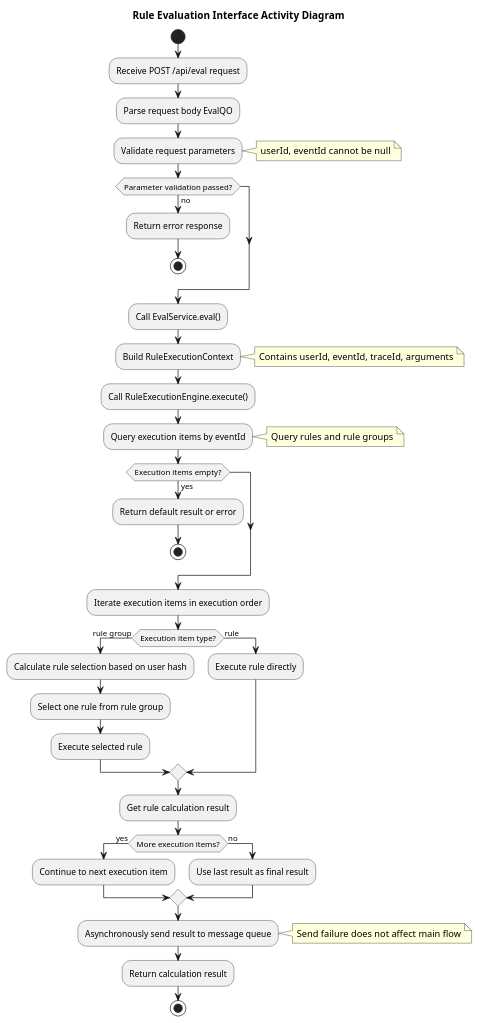
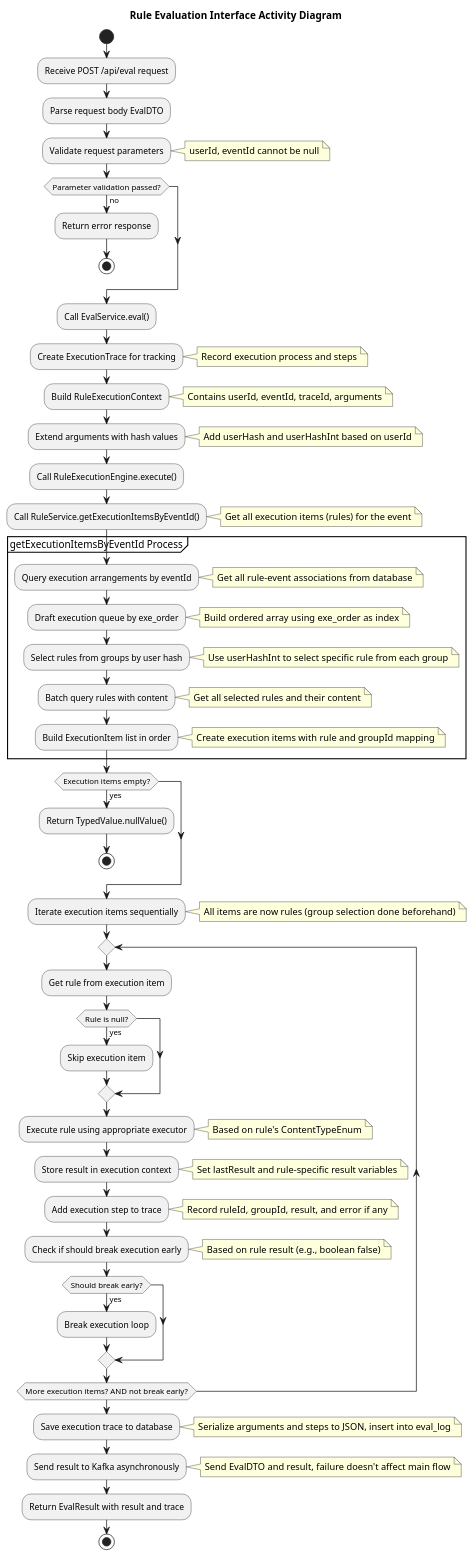
Before and after one commit to zhang1career/rule-engine: the diagram in docs/uml/rule_eval.puml, drawn with PlantUML. The commit also changed 144 other files, not shown here.

```diff
--- a/docs/uml/rule_eval.puml
+++ b/docs/uml/rule_eval.puml
@@ -1,57 +1,94 @@
 @startuml Rule Eval
 title Rule Evaluation Interface Activity Diagram
 
 start
 
 :Receive POST /api/eval request;
-:Parse request body EvalQO;
+:Parse request body EvalDTO;
 
 :Validate request parameters;
 note right: userId, eventId cannot be null
 
 if (Parameter validation passed?) then (no)
   :Return error response;
   stop
 endif
 
 :Call EvalService.eval();
 
+:Create ExecutionTrace for tracking;
+note right: Record execution process and steps
+
 :Build RuleExecutionContext;
 note right: Contains userId, eventId, traceId, arguments
 
+:Extend arguments with hash values;
+note right: Add userHash and userHashInt based on userId
+
 :Call RuleExecutionEngine.execute();
 
-:Query execution items by eventId;
-note right: Query rules and rule groups
+:Call RuleService.getExecutionItemsByEventId();
+note right: Get all execution items (rules) for the event
+
+partition "getExecutionItemsByEventId Process" {
+  :Query execution arrangements by eventId;
+  note right: Get all rule-event associations from database
+
+  :Draft execution queue by exe_order;
+  note right: Build ordered array using exe_order as index
+
+  :Select rules from groups by user hash;
+  note right: Use userHashInt to select specific rule from each group
+
+  :Batch query rules with content;
+  note right: Get all selected rules and their content
+
+  :Build ExecutionItem list in order;
+  note right: Create execution items with rule and groupId mapping
+}
 
 if (Execution items empty?) then (yes)
-  :Return default result or error;
+  :Return TypedValue.nullValue();
   stop
 endif
 
-:Iterate execution items in execution order;
+:Iterate execution items sequentially;
+note right: All items are now rules (group selection done beforehand)
 
-if (Execution item type?) then (rule group)
-  :Calculate rule selection based on user hash;
-  :Select one rule from rule group;
-  :Execute selected rule;
-else (rule)
-  :Execute rule directly;
-endif
+repeat
+  :Get rule from execution item;
 
-:Get rule calculation result;
+  if (Rule is null?) then (yes)
+    :Skip execution item;
+'    continue
+  endif
 
-if (More execution items?) then (yes)
-  :Continue to next execution item;
-else (no)
-  :Use last result as final result;
-endif
+  :Execute rule using appropriate executor;
+  note right: Based on rule's ContentTypeEnum
 
-:Asynchronously send result to message queue;
-note right: Send failure does not affect main flow
+  :Store result in execution context;
+  note right: Set lastResult and rule-specific result variables
 
-:Return calculation result;
+  :Add execution step to trace;
+  note right: Record ruleId, groupId, result, and error if any
+
+  :Check if should break execution early;
+  note right: Based on rule result (e.g., boolean false)
+
+  if (Should break early?) then (yes)
+    :Break execution loop;
+  endif
+
+repeat while (More execution items? AND not break early?)
+
+:Save execution trace to database;
+note right: Serialize arguments and steps to JSON, insert into eval_log
+
+:Send result to Kafka asynchronously;
+note right: Send EvalDTO and result, failure doesn't affect main flow
+
+:Return EvalResult with result and trace;
 
 stop
 
 @enduml
```
